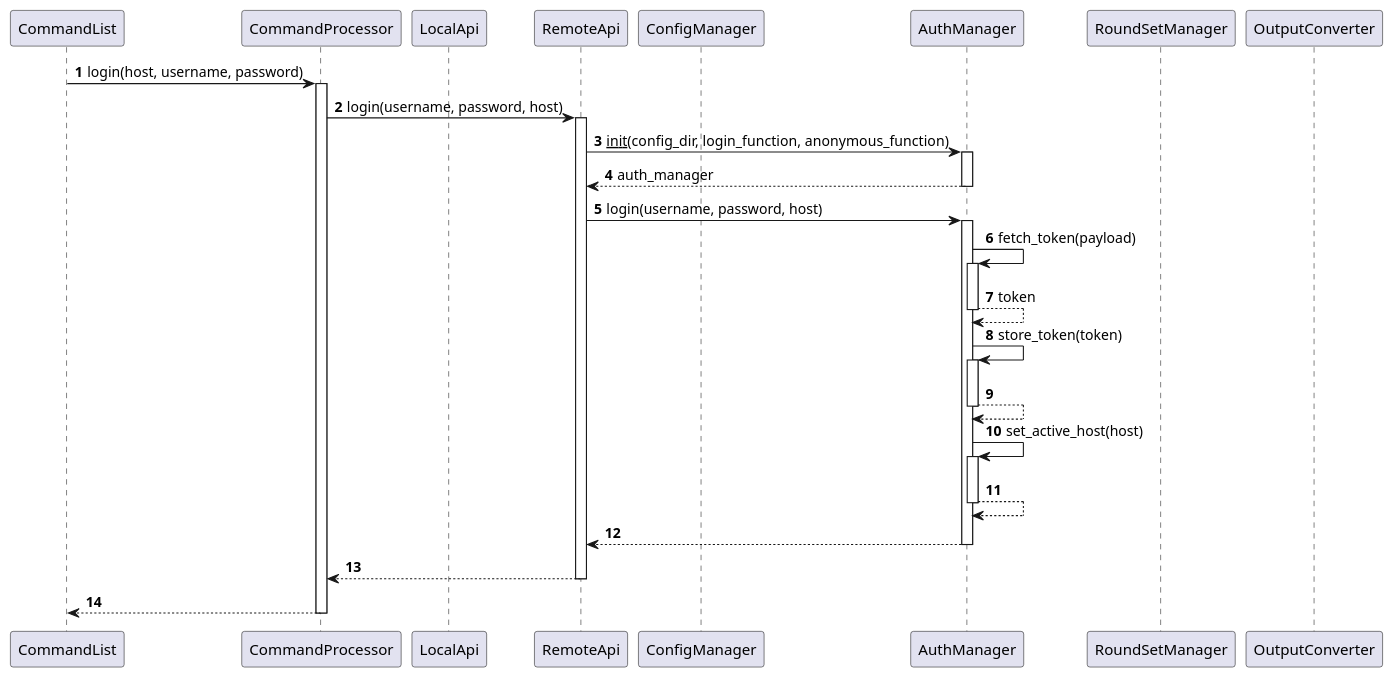
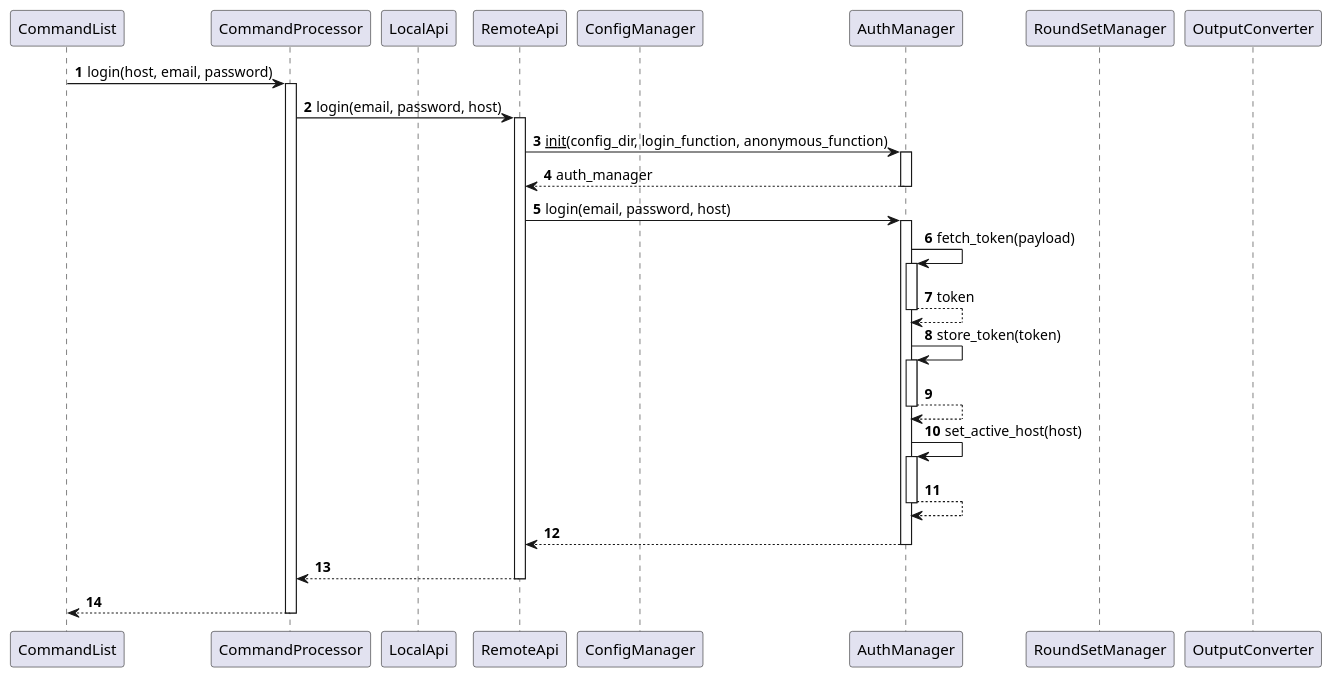
One commit to QuTech-Delft/qne-adk changed the first of 15 diagrams in docs/uml/sequence_diagram.plantuml. Above: the diagram before and after it, drawn with PlantUML. The commit also changed other lines of this file and 12 other files, not shown here.

Commit message:
Use email rather than username to login

```diff
--- a/docs/uml/sequence_diagram.plantuml
+++ b/docs/uml/sequence_diagram.plantuml
@@ -1,30 +1,30 @@
 @startuml login
 
 autoactivate on
 autonumber
 
 participant CommandList
 participant CommandProcessor
 participant LocalApi
 participant RemoteApi
 participant ConfigManager
 participant AuthManager
 participant RoundSetManager
 participant OutputConverter
 
-CommandList -> CommandProcessor : login(host, username, password)
-    CommandProcessor -> RemoteApi : login(username, password, host)
+CommandList -> CommandProcessor : login(host, email, password)
+    CommandProcessor -> RemoteApi : login(email, password, host)
         RemoteApi -> AuthManager : __init__(config_dir, login_function, anonymous_function)
         return auth_manager
-        RemoteApi -> AuthManager : login(username, password, host)
+        RemoteApi -> AuthManager : login(email, password, host)
             AuthManager -> AuthManager : fetch_token(payload)
             return token
             AuthManager -> AuthManager : store_token(token)
             return
             AuthManager -> AuthManager : set_active_host(host)
             return
         return
     return
 return
 
 @enduml
```
